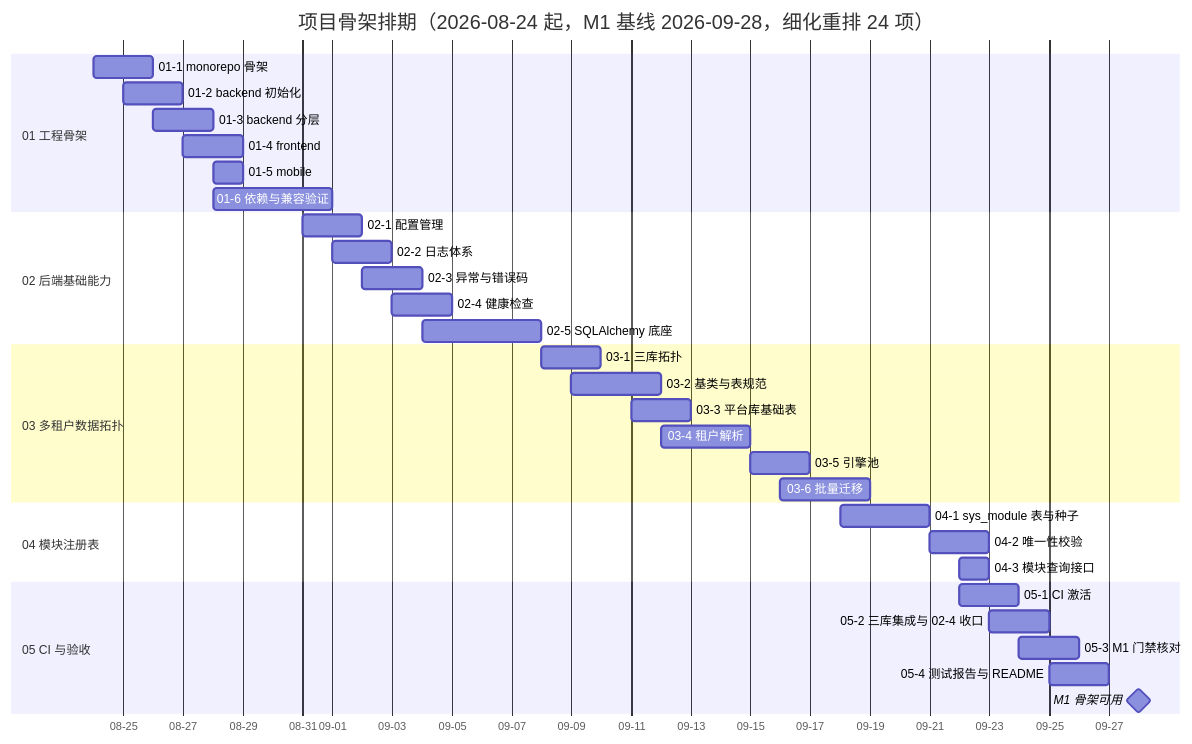
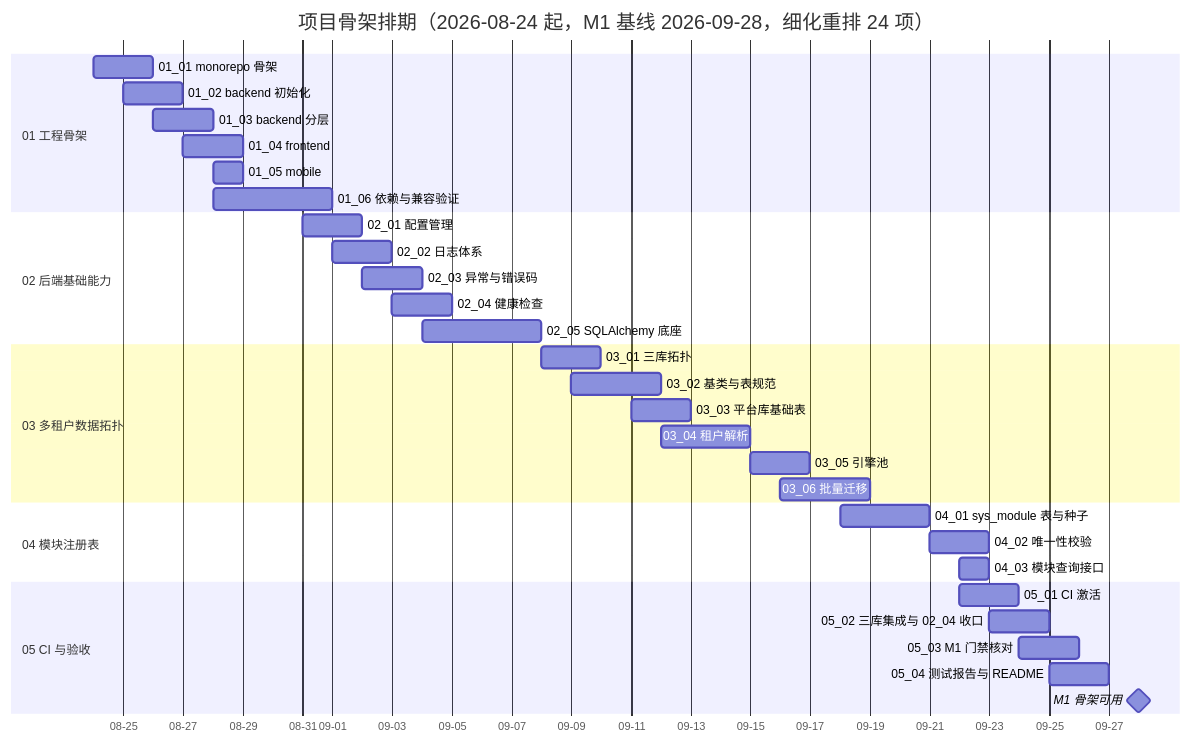
Before and after one commit to minjian123/basic-management-system: the diagram in 文档/项目/01_项目骨架/计划/01_计划_项目骨架.md, drawn with Mermaid. The commit also changed other lines of this file and 93 other files, not shown here.

````diff
--- a/文档/项目/01_项目骨架/计划/01_计划_项目骨架.md
+++ b/文档/项目/01_项目骨架/计划/01_计划_项目骨架.md
@@ -56,36 +56,36 @@
 ```mermaid
 gantt
     title 项目骨架排期（2026-08-24 起，M1 基线 2026-09-28，细化重排 24 项）
     dateFormat YYYY-MM-DD
     axisFormat %m-%d
     section 01 工程骨架
-    01-1 monorepo 骨架 :a11, 2026-08-24, 2d
-    01-2 backend 初始化 :a12, 2026-08-25, 2d
-    01-3 backend 分层 :a13, 2026-08-26, 2d
-    01-4 frontend :a14, 2026-08-27, 2d
-    01-5 mobile :a15, 2026-08-28, 1d
-    01-6 依赖与兼容验证 :a16, 2026-08-28, 4d
+    01_01 monorepo 骨架 :a11, 2026-08-24, 2d
+    01_02 backend 初始化 :a12, 2026-08-25, 2d
+    01_03 backend 分层 :a13, 2026-08-26, 2d
+    01_04 frontend :a14, 2026-08-27, 2d
+    01_05 mobile :a15, 2026-08-28, 1d
+    01_06 依赖与兼容验证 :a16, 2026-08-28, 4d
     section 02 后端基础能力
-    02-1 配置管理 :a21, 2026-08-31, 2d
-    02-2 日志体系 :a22, 2026-09-01, 2d
-    02-3 异常与错误码 :a23, 2026-09-02, 2d
-    02-4 健康检查 :a24, 2026-09-03, 2d
-    02-5 SQLAlchemy 底座 :a25, 2026-09-04, 4d
+    02_01 配置管理 :a21, 2026-08-31, 2d
+    02_02 日志体系 :a22, 2026-09-01, 2d
+    02_03 异常与错误码 :a23, 2026-09-02, 2d
+    02_04 健康检查 :a24, 2026-09-03, 2d
+    02_05 SQLAlchemy 底座 :a25, 2026-09-04, 4d
     section 03 多租户数据拓扑
-    03-1 三库拓扑 :a31, 2026-09-08, 2d
-    03-2 基类与表规范 :a32, 2026-09-09, 3d
-    03-3 平台库基础表 :a33, 2026-09-11, 2d
-    03-4 租户解析 :a34, 2026-09-12, 3d
-    03-5 引擎池 :a35, 2026-09-15, 2d
-    03-6 批量迁移 :a36, 2026-09-16, 3d
+    03_01 三库拓扑 :a31, 2026-09-08, 2d
+    03_02 基类与表规范 :a32, 2026-09-09, 3d
+    03_03 平台库基础表 :a33, 2026-09-11, 2d
+    03_04 租户解析 :a34, 2026-09-12, 3d
+    03_05 引擎池 :a35, 2026-09-15, 2d
+    03_06 批量迁移 :a36, 2026-09-16, 3d
     section 04 模块注册表
-    04-1 sys_module 表与种子 :a41, 2026-09-18, 3d
-    04-2 唯一性校验 :a42, 2026-09-21, 2d
-    04-3 模块查询接口 :a43, 2026-09-22, 1d
+    04_01 sys_module 表与种子 :a41, 2026-09-18, 3d
+    04_02 唯一性校验 :a42, 2026-09-21, 2d
+    04_03 模块查询接口 :a43, 2026-09-22, 1d
     section 05 CI 与验收
-    05-1 CI 激活 :a51, 2026-09-22, 2d
-    05-2 三库集成与 02-4 收口 :a52, 2026-09-23, 2d
-    05-3 M1 门禁核对 :a53, 2026-09-24, 2d
-    05-4 测试报告与 README :a54, 2026-09-25, 2d
+    05_01 CI 激活 :a51, 2026-09-22, 2d
+    05_02 三库集成与 02_04 收口 :a52, 2026-09-23, 2d
+    05_03 M1 门禁核对 :a53, 2026-09-24, 2d
+    05_04 测试报告与 README :a54, 2026-09-25, 2d
     M1 骨架可用 :milestone, m1, 2026-09-28, 0d
 ```
````
